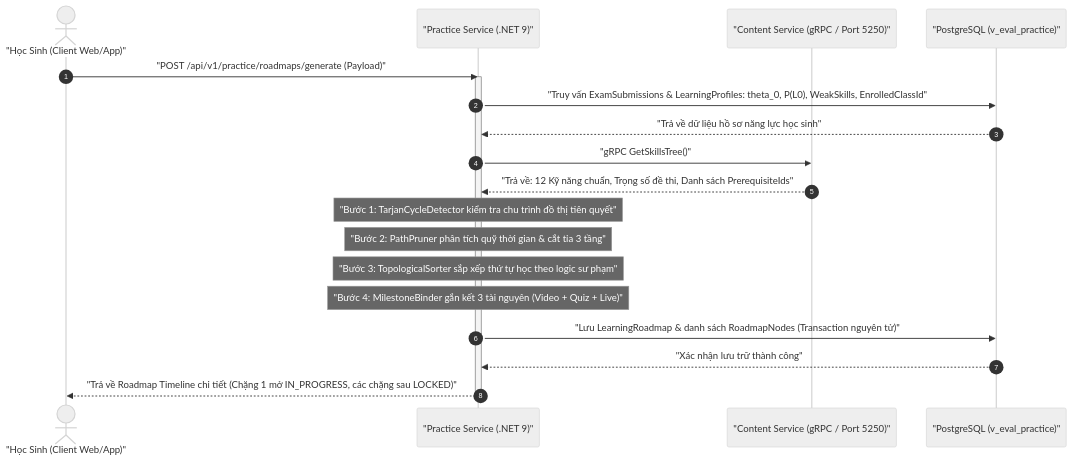
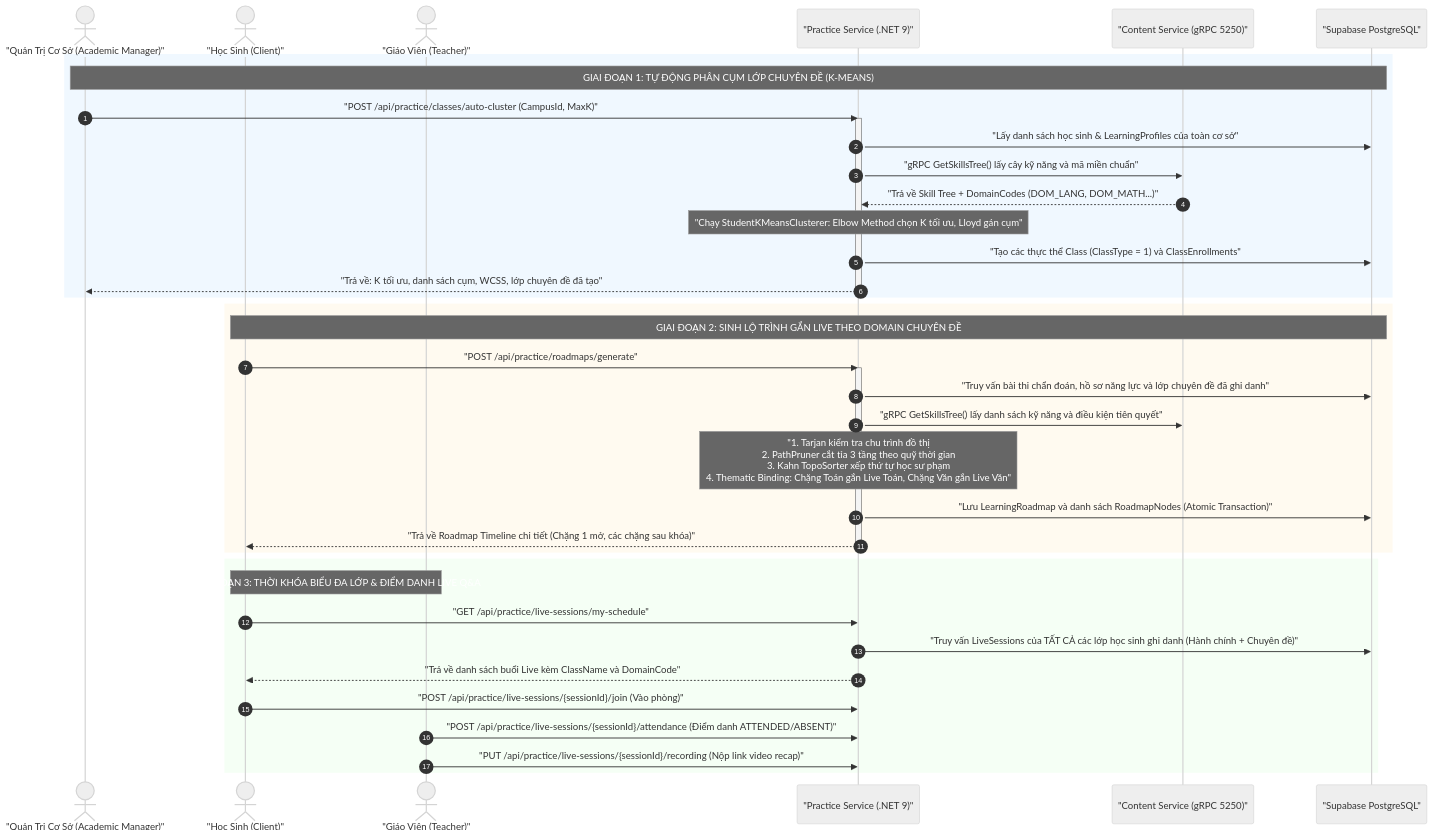
The second of 3 diagrams in docs/core_flow_2_quy_hoach_lo_trinh_hoc_tap.md (Capstone-OG/System-Repo), drawn with Mermaid (neutral theme) before and after one commit. The commit also changed other lines of this file and 1 other file, not shown here.

Commit message:
docs: overhaul Core Flow 2 technical specification with Thematic Cohort architecture

````diff
--- a/docs/core_flow_2_quy_hoach_lo_trinh_hoc_tap.md
+++ b/docs/core_flow_2_quy_hoach_lo_trinh_hoc_tap.md
@@ -137,28 +80,48 @@
 ```mermaid
 sequenceDiagram
     autonumber
-    actor Student as "Học Sinh (Client Web/App)"
+    actor Manager as "Quản Trị Cơ Sở (Academic Manager)"
+    actor Student as "Học Sinh (Client)"
+    actor Teacher as "Giáo Viên (Teacher)"
     participant Practice as "Practice Service (.NET 9)"
-    participant Content as "Content Service (gRPC / Port 5250)"
-    participant DB as "PostgreSQL (v_eval_practice)"
+    participant Content as "Content Service (gRPC 5250)"
+    participant DB as "Supabase PostgreSQL"
 
-    Student ->> Practice: "POST /api/v1/practice/roadmaps/generate (Payload)"
-    activate Practice
+    %% Giai đoạn Gom cụm chuyên đề
+    rect rgb(240, 248, 255)
+        Note over Manager, DB: GIAI ĐOẠN 1: TỰ ĐỘNG PHÂN CỤM LỚP CHUYÊN ĐỀ (K-MEANS)
+        Manager ->> Practice: "POST /api/practice/classes/auto-cluster (CampusId, MaxK)"
+        activate Practice
+        Practice ->> DB: "Lấy danh sách học sinh & LearningProfiles của toàn cơ sở"
+        Practice ->> Content: "gRPC GetSkillsTree() lấy cây kỹ năng và mã miền chuẩn"
+        Content -->> Practice: "Trả về Skill Tree + DomainCodes (DOM_LANG, DOM_MATH...)"
+        Note over Practice: "Chạy StudentKMeansClusterer: Elbow Method chọn K tối ưu, Lloyd gán cụm"
+        Practice ->> DB: "Tạo các thực thể Class (ClassType = 1) và ClassEnrollments"
+        Practice -->> Manager: "Trả về: K tối ưu, danh sách cụm, WCSS, lớp chuyên đề đã tạo"
+        deactivate Practice
+    end
 
-    Practice ->> DB: "Truy vấn ExamSubmissions & LearningProfiles: theta_0, P(L0), WeakSkills, EnrolledClassId"
-    DB -->> Practice: "Trả về dữ liệu hồ sơ năng lực học sinh"
+    %% Giai đoạn Sinh lộ trình cá nhân hóa
+    rect rgb(255, 250, 240)
+        Note over Student, DB: GIAI ĐOẠN 2: SINH LỘ TRÌNH GẮN LIVE THEO DOMAIN CHUYÊN ĐỀ
+        Student ->> Practice: "POST /api/practice/roadmaps/generate"
+        activate Practice
+        Practice ->> DB: "Truy vấn bài thi chẩn đoán, hồ sơ năng lực và lớp chuyên đề đã ghi danh"
+        Practice ->> Content: "gRPC GetSkillsTree() lấy danh sách kỹ năng và điều kiện tiên quyết"
+        Note over Practice: "1. Tarjan kiểm tra chu trình đồ thị<br/>2. PathPruner cắt tỉa 3 tầng theo quỹ thời gian<br/>3. Kahn TopoSorter xếp thứ tự học sư phạm<br/>4. Thematic Binding: Chặng Toán gắn Live Toán, Chặng Văn gắn Live Văn"
+        Practice ->> DB: "Lưu LearningRoadmap và danh sách RoadmapNodes (Atomic Transaction)"
+        Practice -->> Student: "Trả về Roadmap Timeline chi tiết (Chặng 1 mở, các chặng sau khóa)"
+        deactivate Practice
+    end
 
-    Practice ->> Content: "gRPC GetSkillsTree()"
-    Content -->> Practice: "Trả về: 12 Kỹ năng chuẩn, Trọng số đề thi, Danh sách PrerequisiteIds"
-
-    Note over Practice: "Bước 1: TarjanCycleDetector kiểm tra chu trình đồ thị tiên quyết"
-    Note over Practice: "Bước 2: PathPruner phân tích quỹ thời gian & cắt tỉa 3 tầng"
-    Note over Practice: "Bước 3: TopologicalSorter sắp xếp thứ tự học theo logic sư phạm"
-    Note over Practice: "Bước 4: MilestoneBinder gắn kết 3 tài nguyên (Video + Quiz + Live)"
-
-    Practice ->> DB: "Lưu LearningRoadmap & danh sách RoadmapNodes (Transaction nguyên tử)"
-    DB -->> Practice: "Xác nhận lưu trữ thành công"
-
-    Practice -->> Student: "Trả về Roadmap Timeline chi tiết (Chặng 1 mở IN_PROGRESS, các chặng sau LOCKED)"
-    deactivate Practice
+    %% Giai đoạn Học tập & Live Q&A
+    rect rgb(245, 255, 245)
+        Note over Student, Teacher: GIAI ĐOẠN 3: THỜI KHÓA BIỂU ĐA LỚP & ĐIỂM DANH LIVE Q&A
+        Student ->> Practice: "GET /api/practice/live-sessions/my-schedule"
+        Practice ->> DB: "Truy vấn LiveSessions của TẤT CẢ các lớp học sinh ghi danh (Hành chính + Chuyên đề)"
+        Practice -->> Student: "Trả về danh sách buổi Live kèm ClassName và DomainCode"
+        Student ->> Practice: "POST /api/practice/live-sessions/{sessionId}/join (Vào phòng)"
+        Teacher ->> Practice: "POST /api/practice/live-sessions/{sessionId}/attendance (Điểm danh ATTENDED/ABSENT)"
+        Teacher ->> Practice: "PUT /api/practice/live-sessions/{sessionId}/recording (Nộp link video recap)"
+    end
 ```
````
